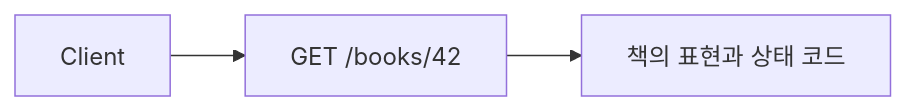
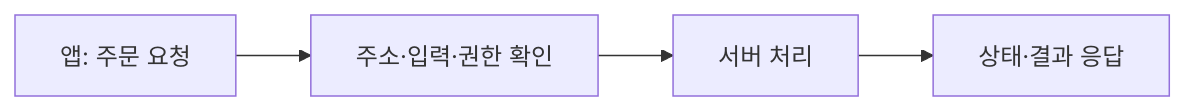
The diagram in content/topics/rest-api.md (moocongpapa/it-study), drawn with Mermaid before and after one commit. The commit also changed other lines of this file and 71 other files, not shown here.

````diff
--- a/content/topics/rest-api.md
+++ b/content/topics/rest-api.md
@@ -6,4 +20,4 @@
 ```mermaid
 flowchart LR
-  C["Client"] --> R["GET /books/42"] --> P["책의 표현과 상태 코드"]
+ A["앱: 주문 요청"] --> B["주소·입력·권한 확인"] --> C["서버 처리"] --> D["상태·결과 응답"]
 ```
````
